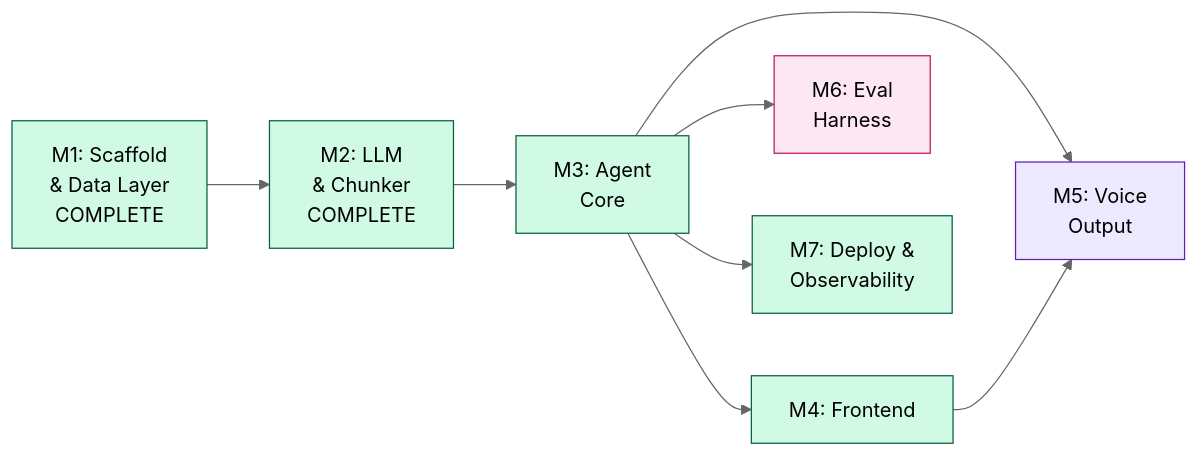
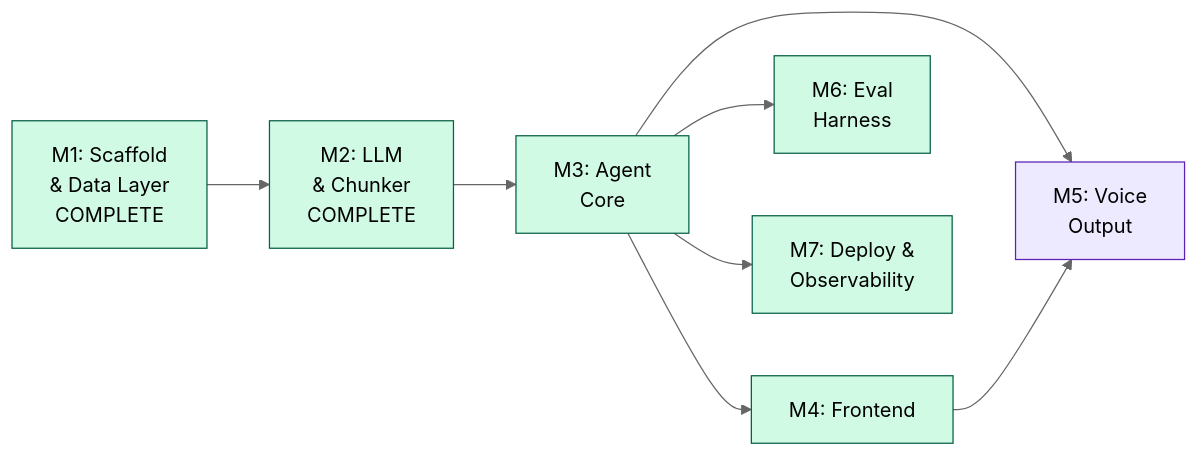
The third of 3 diagrams in architecture.md (darth-dodo/voxpopuli), drawn with Mermaid (neutral theme) before and after one commit. The commit also changed other lines of this file and 2 other files, not shown here.

````diff
--- a/architecture.md
+++ b/architecture.md
@@ -633,18 +692,18 @@
 ```mermaid
 graph LR
     M1["M1: Scaffold<br/>& Data Layer<br/>COMPLETE"] --> M2["M2: LLM<br/>& Chunker<br/>COMPLETE"]
     M2 --> M3["M3: Agent<br/>Core"]
     M3 --> M4["M4: Frontend"]
     M3 --> M5["M5: Voice<br/>Output"]
     M3 --> M6["M6: Eval<br/>Harness"]
     M4 --> M5
     M3 --> M7["M7: Deploy &<br/>Observability"]
 
     style M1 fill:#d1fae5,stroke:#065f46
     style M2 fill:#d1fae5,stroke:#065f46
     style M3 fill:#d1fae5,stroke:#065f46
     style M4 fill:#d1fae5,stroke:#065f46
     style M5 fill:#ede9fe,stroke:#5b21b6
-    style M6 fill:#fce7f3,stroke:#be185d
+    style M6 fill:#d1fae5,stroke:#065f46
     style M7 fill:#d1fae5,stroke:#065f46
 ```
````
